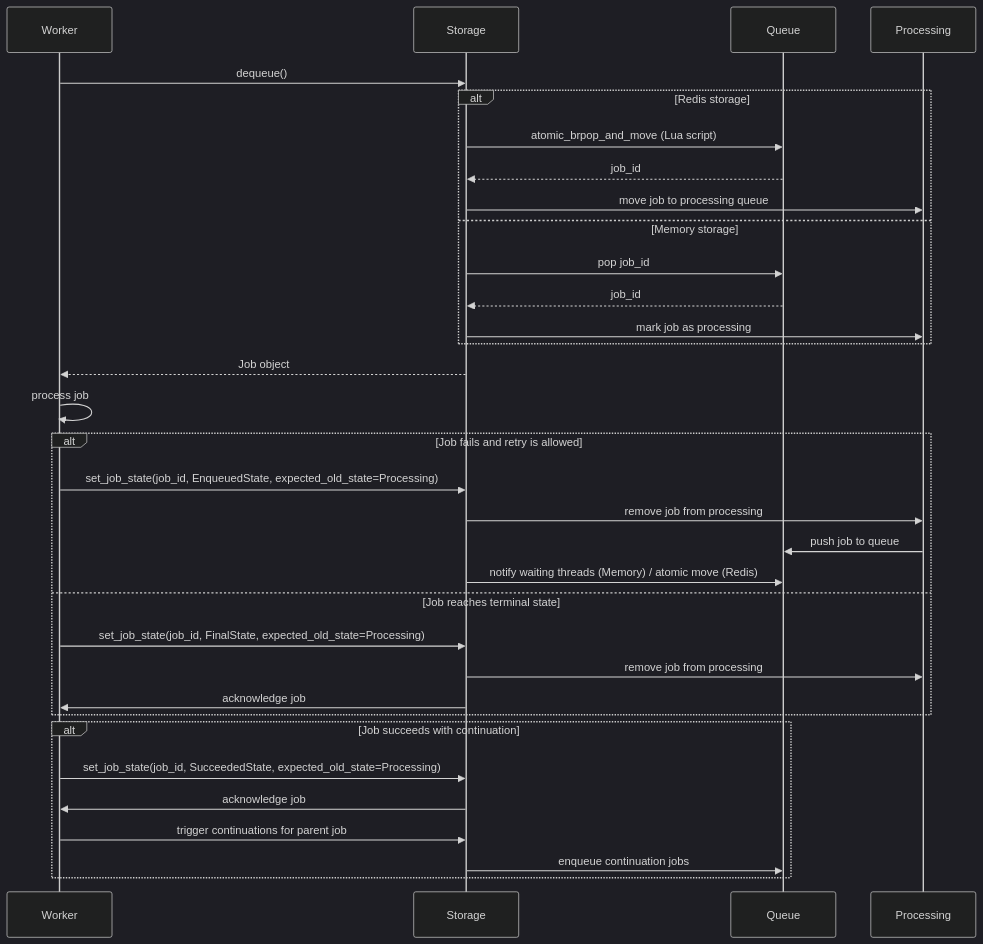
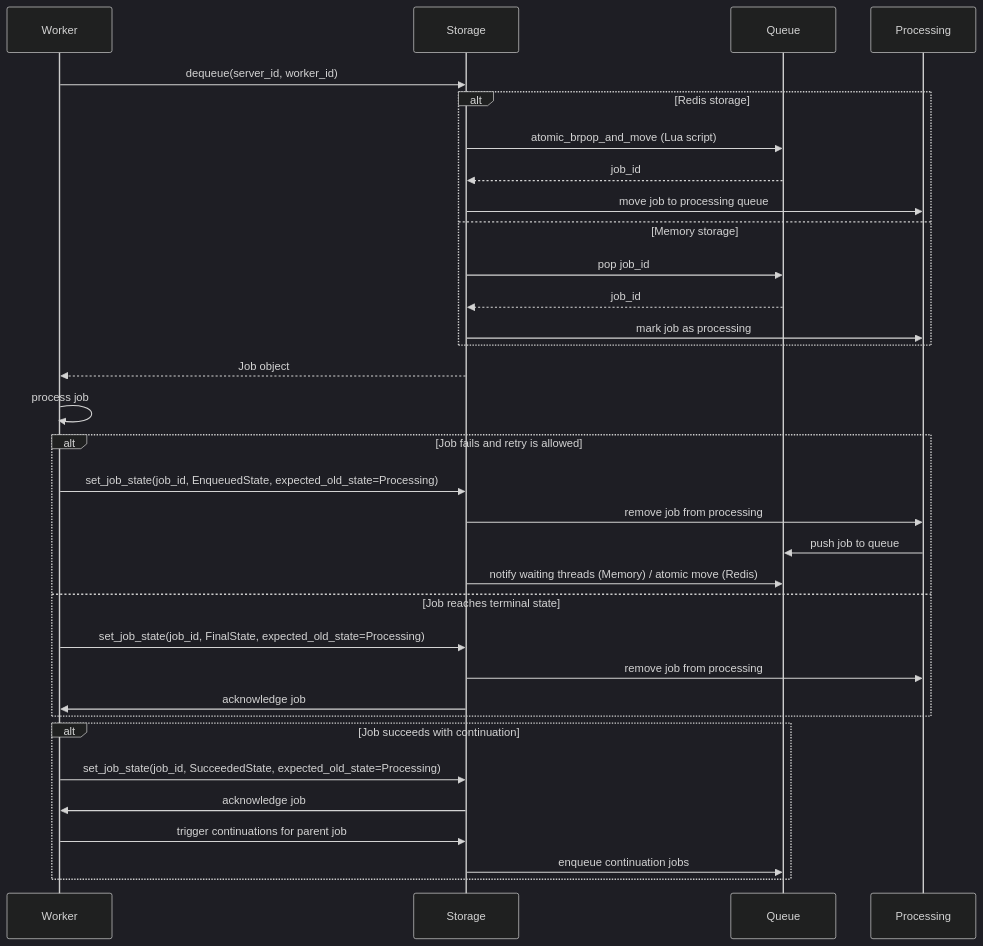
Before and after one commit to alti3/PyTaskFlow: the diagram in README.md, drawn with Mermaid (dark theme). The commit also changed other lines of this file and 38 other files, not shown here.

````diff
--- a/README.md
+++ b/README.md
@@ -109,39 +109,39 @@
 ```mermaid
 sequenceDiagram
     participant Worker
     participant Storage
     participant Queue
     participant Processing
 
-    Worker->>Storage: dequeue()
+    Worker->>Storage: dequeue(server_id, worker_id)
     alt Redis storage
         Storage->>Queue: atomic_brpop_and_move (Lua script)
         Queue-->>Storage: job_id
         Storage->>Processing: move job to processing queue
     else Memory storage
         Storage->>Queue: pop job_id
         Queue-->>Storage: job_id
         Storage->>Processing: mark job as processing
     end
     Storage-->>Worker: Job object
 
     Worker->>Worker: process job
 
     alt Job fails and retry is allowed
         Worker->>Storage: set_job_state(job_id, EnqueuedState, expected_old_state=Processing)
         Storage->>Processing: remove job from processing
         Processing->>Queue: push job to queue
         Storage->>Queue: notify waiting threads (Memory) / atomic move (Redis)
     else Job reaches terminal state
         Worker->>Storage: set_job_state(job_id, FinalState, expected_old_state=Processing)
         Storage->>Processing: remove job from processing
         Storage->>Worker: acknowledge job
     end
 
     alt Job succeeds with continuation
         Worker->>Storage: set_job_state(job_id, SucceededState, expected_old_state=Processing)
         Storage->>Worker: acknowledge job
         Worker->>Storage: trigger continuations for parent job
         Storage->>Queue: enqueue continuation jobs
     end
 ```
````
